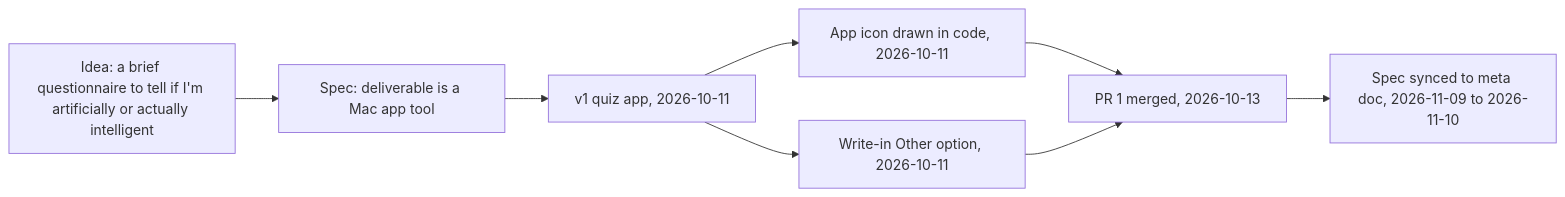
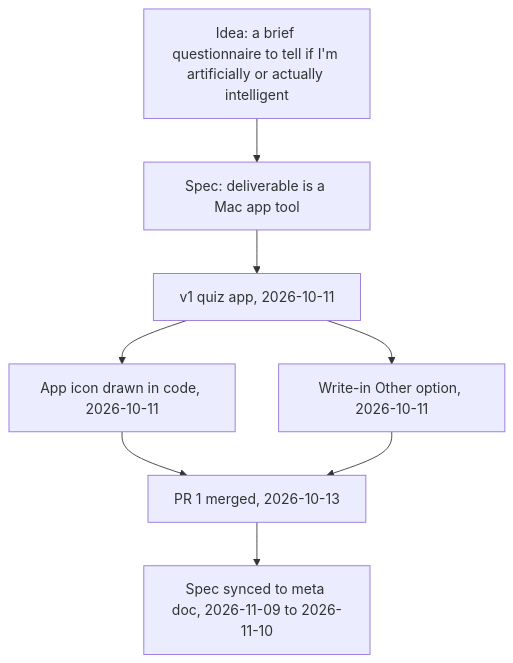
One commit to amalmehta/AmIArtificiallyIntelligent changed the first of 3 diagrams in docs/HOW-IT-WAS-BUILT.md. Above: the diagram before and after it, drawn with Mermaid.

Commit message:
Draw the build history top to bottom so it stays readable

````diff
--- a/docs/HOW-IT-WAS-BUILT.md
+++ b/docs/HOW-IT-WAS-BUILT.md
@@ -8,14 +8,14 @@
 ```mermaid
-flowchart LR
+flowchart TD
     idea["Idea: a brief questionnaire to tell if I'm artificially or actually intelligent"]
     spec["Spec: deliverable is a Mac app tool"]
     v1["v1 quiz app, 2026-10-11"]
     icon["App icon drawn in code, 2026-10-11"]
     other["Write-in Other option, 2026-10-11"]
     merge["PR 1 merged, 2026-10-13"]
     meta["Spec synced to meta doc, 2026-11-09 to 2026-11-10"]
     idea --> spec --> v1
     v1 --> icon --> merge
     v1 --> other --> merge
     merge --> meta
 ```
````
